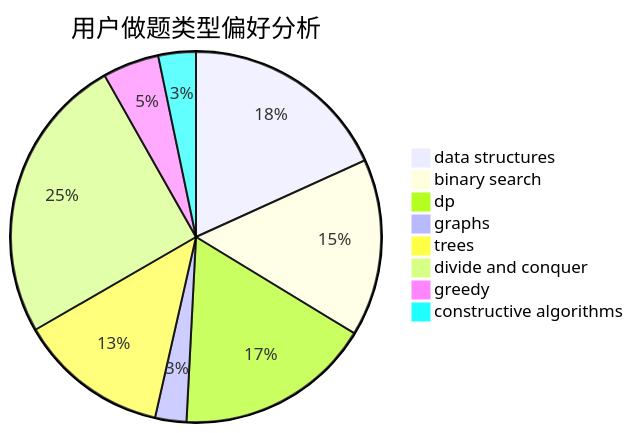
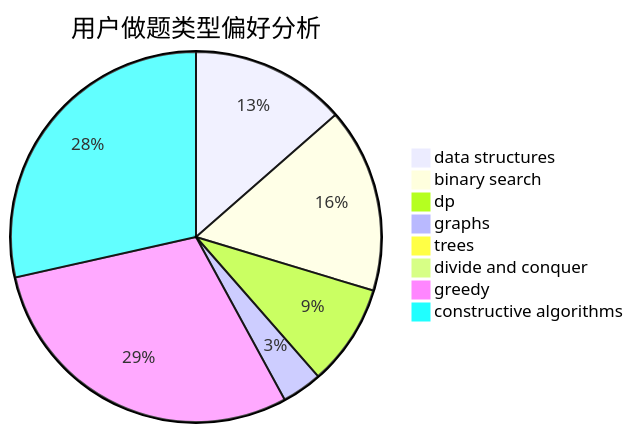
The second of 3 diagrams in docs/user/u510.md (sherpahu/cfrs.github.io), drawn with Mermaid before and after one commit. The commit also changed other lines of this file and 2770 other files, not shown here.

````diff
--- a/docs/user/u510.md
+++ b/docs/user/u510.md
@@ -23,11 +23,11 @@
 ```mermaid
 pie title 用户做题类型偏好分析
-    "data structures" :  100
-    "binary search" :  85
-    "dp" :  94
+    "data structures" :  58
+    "binary search" :  69
+    "dp" :  38
     "graphs" :  15
-    "trees" :  72
-    "divide and conquer" :  138
-    "greedy" :  27
-    "constructive algorithms" :  18
+    "trees" :  4
+    "divide and conquer" :  2
+    "greedy" :  126
+    "constructive algorithms" :  122
 ```
````
